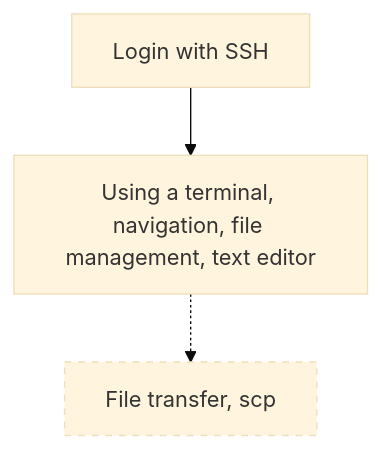
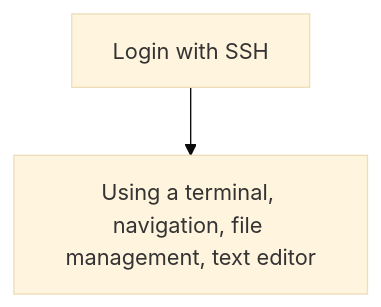
The diagram in docs/sessions/introduction_terminal.md (UPPMAX/uppmax_intro_day_1), drawn with Mermaid (base theme) before and after one commit. The commit also changed other lines of this file and 3 other files, not shown here.

````diff
--- a/docs/sessions/introduction_terminal.md
+++ b/docs/sessions/introduction_terminal.md
@@ -19,12 +19,10 @@
 ```mermaid
 flowchart TD
 
   classDef maybe_not_node stroke-dasharray: 5 5
 
   login_ssh[Login with SSH]
   use_terminal[Using a terminal, navigation, file management, text editor]
-  file_transfer_scp[File transfer, scp]:::maybe_not_node
 
   login_ssh --> use_terminal
-  use_terminal -.-> file_transfer_scp
 ```
````
